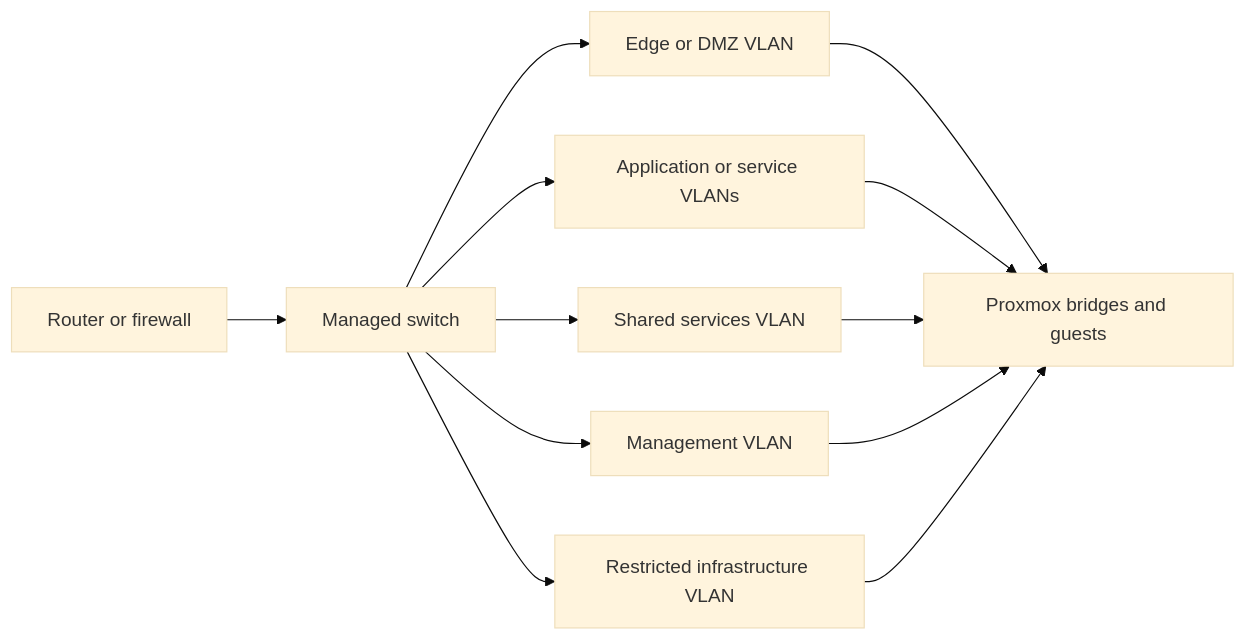
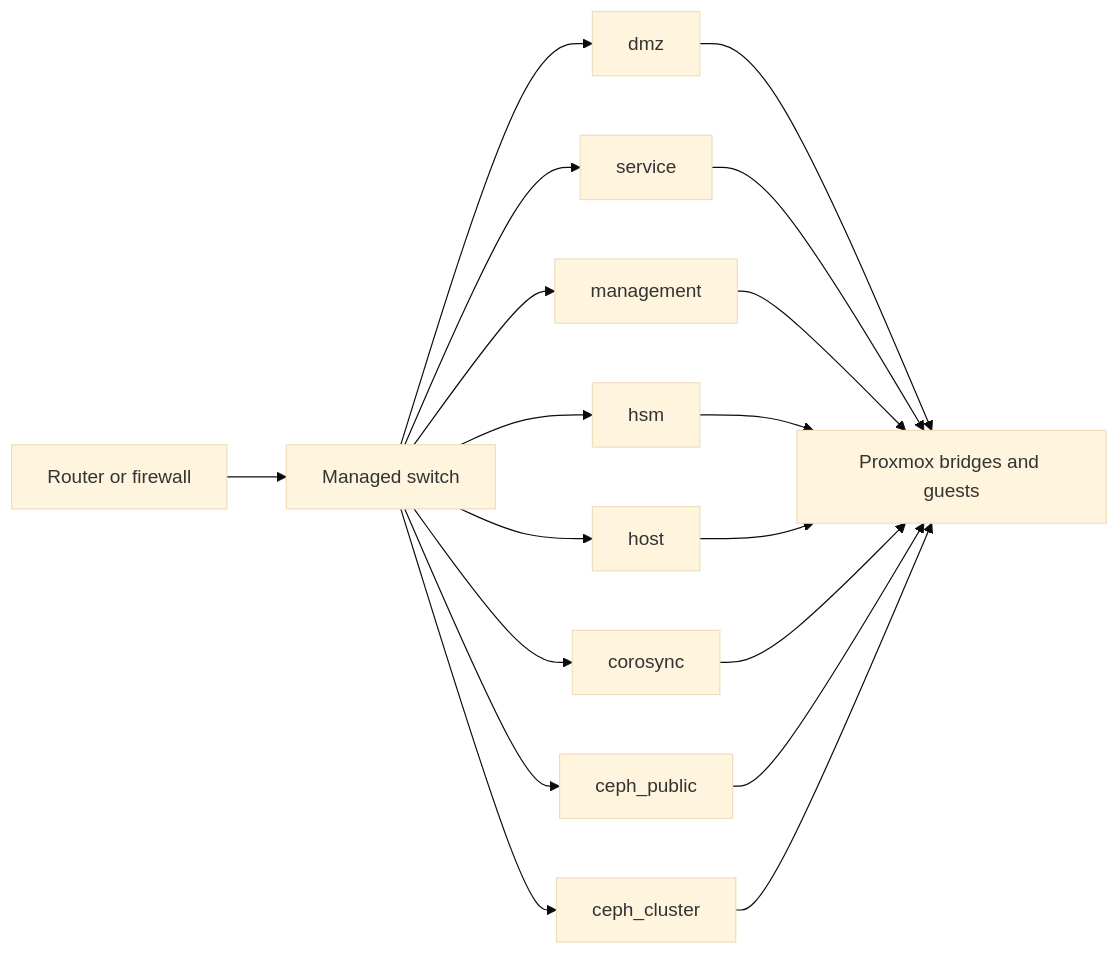
One commit to Rexus/homelab changed the diagram in docs/platforms/proxmox/network-prerequisites.md. Above: the diagram before and after it, drawn with Mermaid (base theme). The commit also changed other lines of this file and 24 other files, not shown here.

Commit message:
docs: align network architecture and HSM lab IaC

````diff
--- a/docs/platforms/proxmox/network-prerequisites.md
+++ b/docs/platforms/proxmox/network-prerequisites.md
@@ -37,23 +50,32 @@
 ```mermaid
 flowchart LR
     Router[Router or firewall]
     Switch[Managed switch]
-    Edge[Edge or DMZ VLAN]
-    App[Application or service VLANs]
-    Shared[Shared services VLAN]
-    Mgmt[Management VLAN]
-    Restricted[Restricted infrastructure VLAN]
+    DMZ[dmz]
+    Service[service]
+    Mgmt[management]
+    HSM[hsm]
+    Host[host]
+    Corosync[corosync]
+    CephPublic[ceph_public]
+    CephCluster[ceph_cluster]
     Proxmox[Proxmox bridges and guests]
 
     Router --> Switch
-    Switch --> Edge
-    Switch --> App
-    Switch --> Shared
+    Switch --> DMZ
+    Switch --> Service
     Switch --> Mgmt
-    Switch --> Restricted
-    Edge --> Proxmox
-    App --> Proxmox
-    Shared --> Proxmox
+    Switch --> HSM
+    Switch --> Host
+    Switch --> Corosync
+    Switch --> CephPublic
+    Switch --> CephCluster
+    DMZ --> Proxmox
+    Service --> Proxmox
     Mgmt --> Proxmox
-    Restricted --> Proxmox
+    HSM --> Proxmox
+    Host --> Proxmox
+    Corosync --> Proxmox
+    CephPublic --> Proxmox
+    CephCluster --> Proxmox
 ```
````
